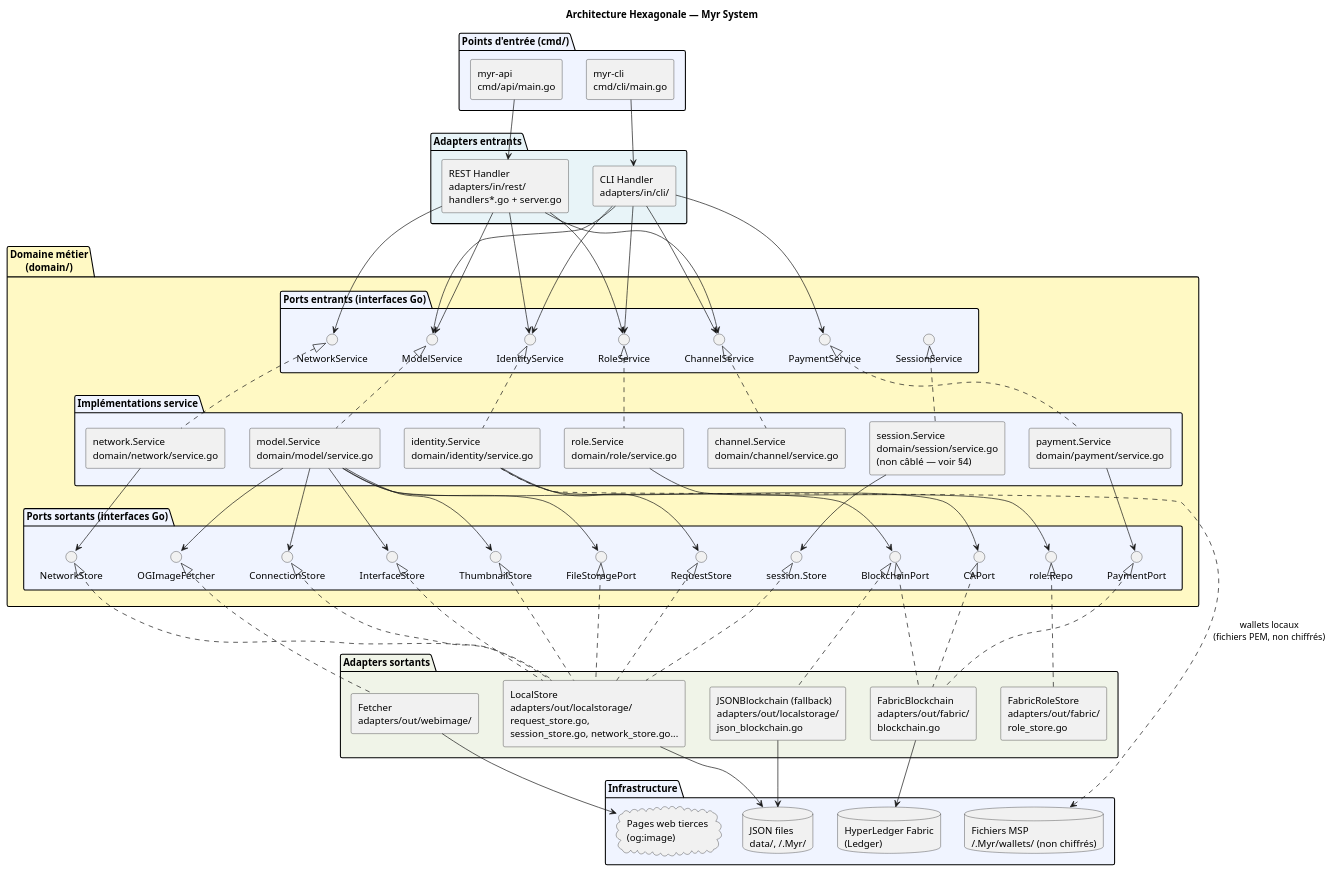
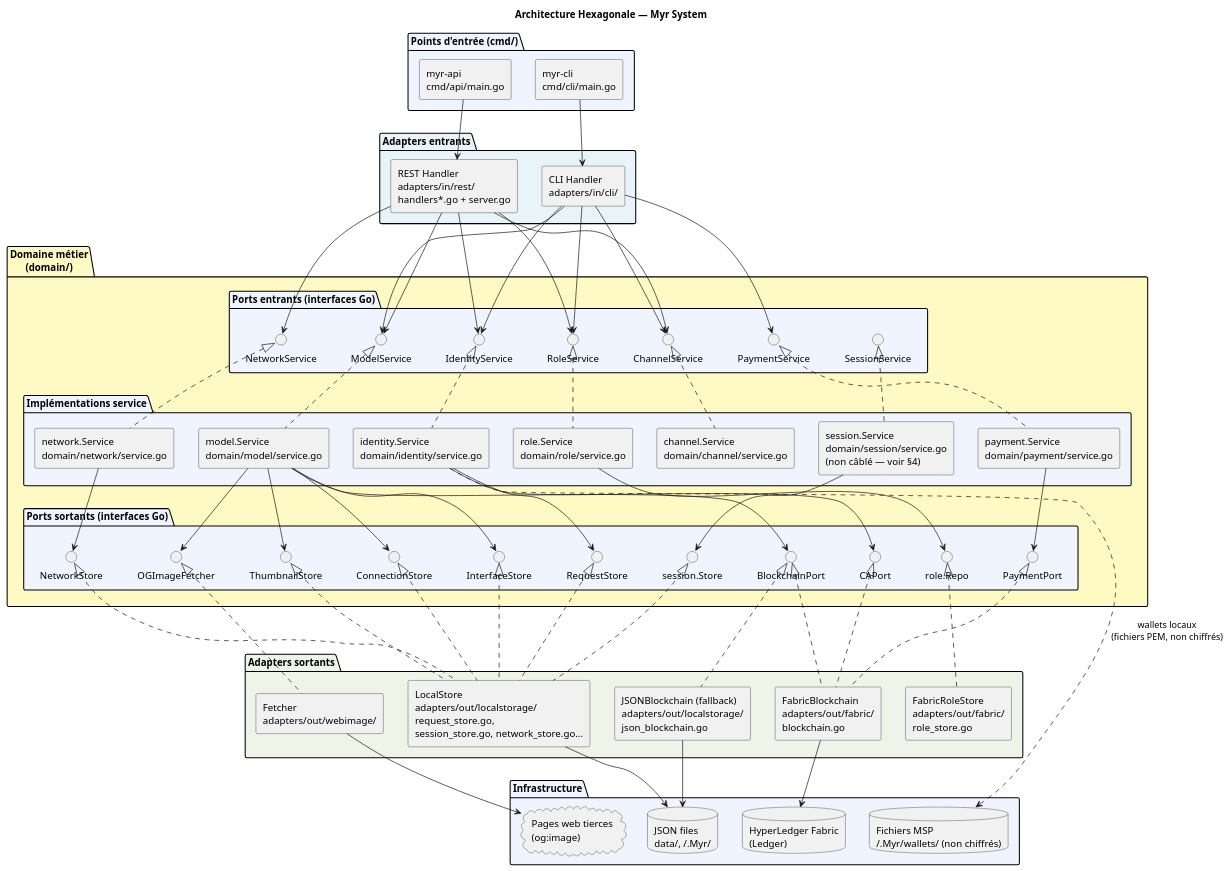
One commit to myr-forge/myr-core changed the first of 2 diagrams in specs/3-Conception/Architecture_Hexagonale.md. Above: the diagram before and after it, drawn with PlantUML. The commit also changed other lines of this file and 16 other files, not shown here.

First line of the commit message:
refactor(model): remove FileStoragePort (PO decision)

```diff
--- a/specs/3-Conception/Architecture_Hexagonale.md
+++ b/specs/3-Conception/Architecture_Hexagonale.md
@@ -116,7 +115,6 @@
 
   package "Ports sortants (interfaces Go)" {
     interface "BlockchainPort" as PBC
-    interface "FileStoragePort" as PFS
     interface "ConnectionStore" as PConn
     interface "InterfaceStore" as PIface
     interface "ThumbnailStore" as PThumb
@@ -171,7 +169,6 @@
 ISession <|.. SvcSession
 
 SvcModel --> PBC
-SvcModel --> PFS
 SvcModel --> PConn
 SvcModel --> PIface
 SvcModel --> PThumb
@@ -185,7 +182,6 @@
 
 PBC <|.. AdFabric
 PBC <|.. AdJSON
-PFS <|.. AdLocal
 PConn <|.. AdLocal
 PIface <|.. AdLocal
 PThumb <|.. AdLocal
```
